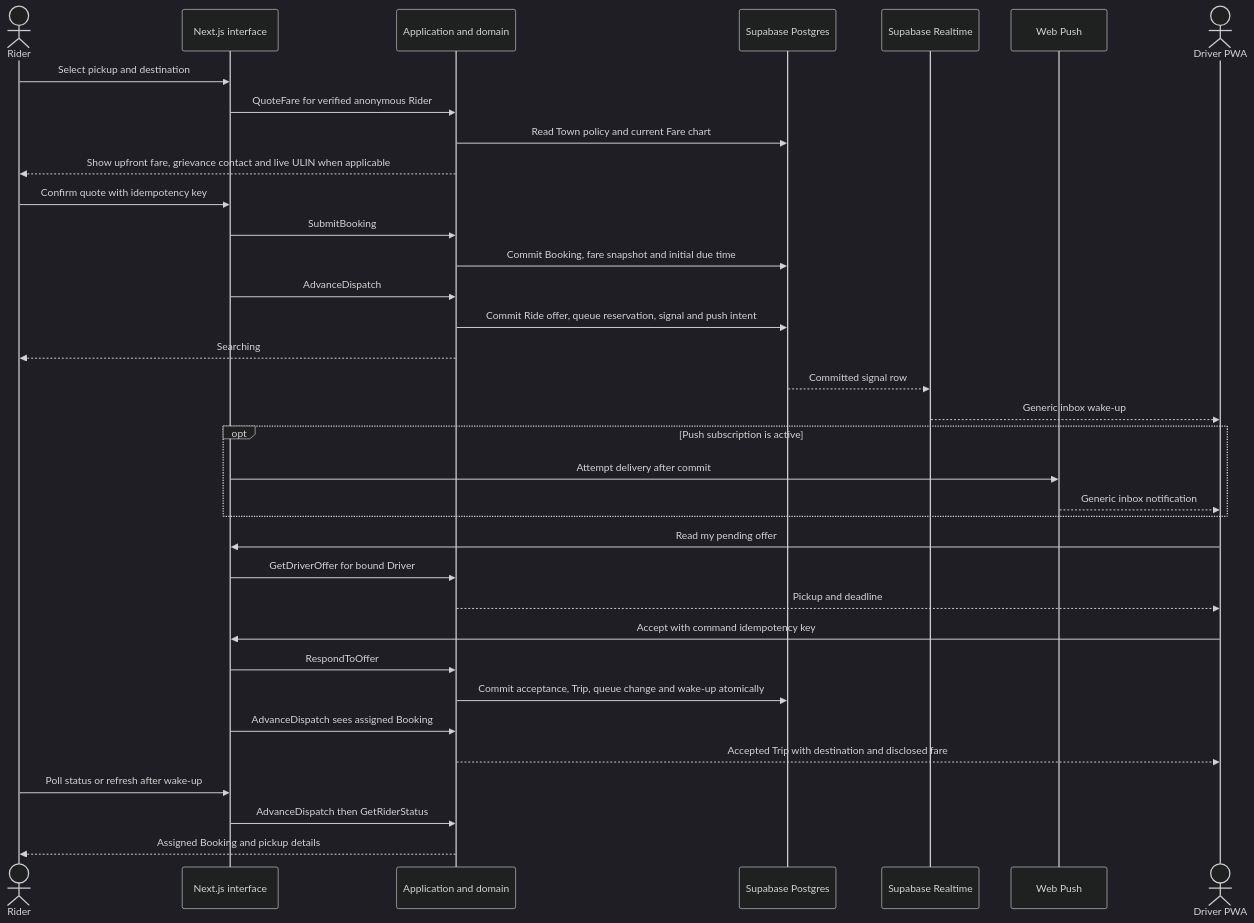
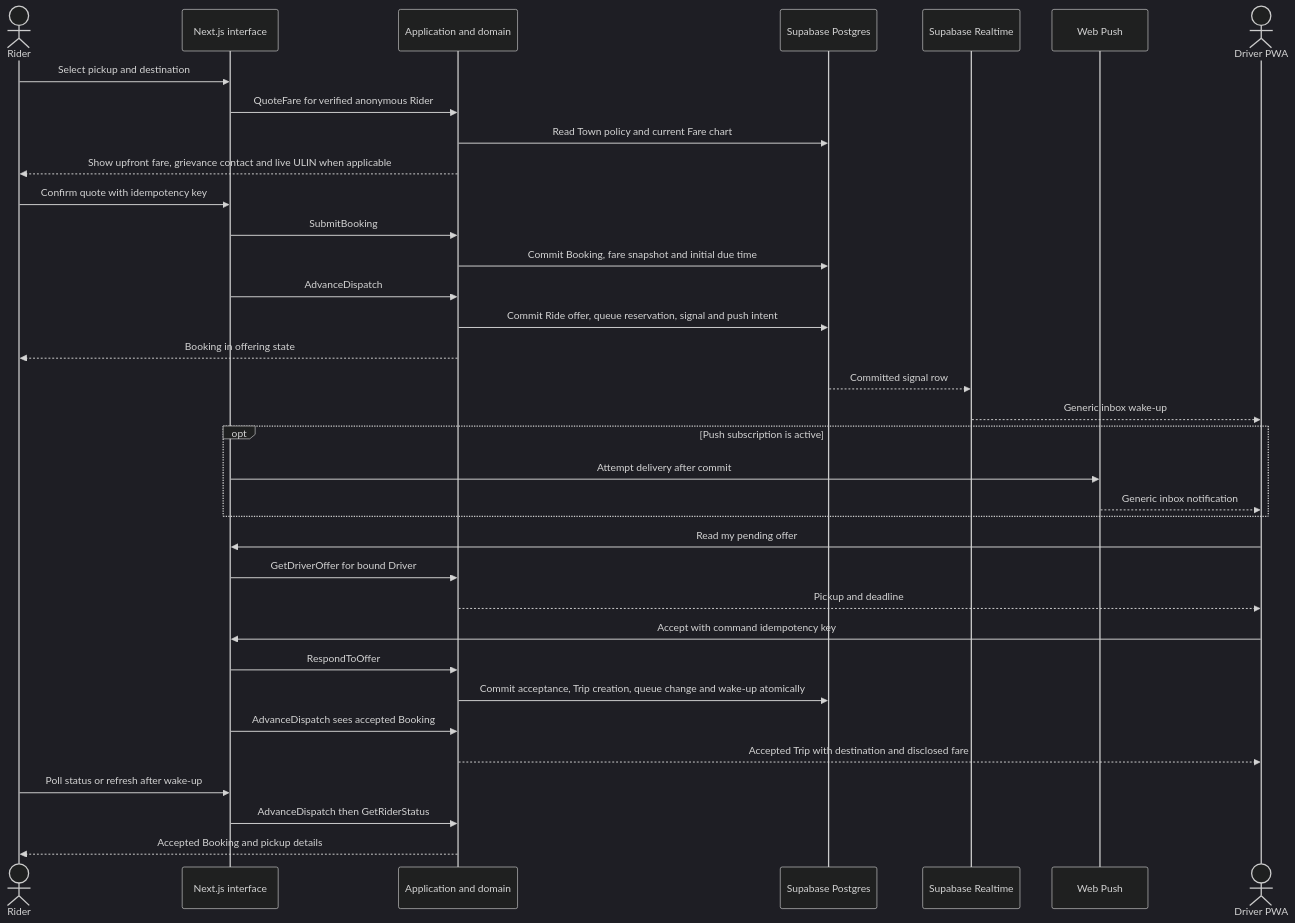
The third of 3 diagrams in docs/02-plan/architecture.md (PewDieRes/thamba), drawn with Mermaid (dark theme) before and after one commit. The commit also changed other lines of this file, not shown here.

Commit message:
docs(plan): align architecture lifecycle with dispatch spec
Codex P10-docs · gpt-6-luna · high. Six conflicts found by P10.

````diff
--- a/docs/02-plan/architecture.md
+++ b/docs/02-plan/architecture.md
@@ -164,38 +166,38 @@
 ```mermaid
 sequenceDiagram
     actor Rider
     participant App as Next.js interface
     participant Core as Application and domain
     participant DB as Supabase Postgres
     participant RT as Supabase Realtime
     participant Push as Web Push
     actor Driver as Driver PWA
 
     Rider->>App: Select pickup and destination
     App->>Core: QuoteFare for verified anonymous Rider
     Core->>DB: Read Town policy and current Fare chart
     Core-->>Rider: Show upfront fare, grievance contact and live ULIN when applicable
     Rider->>App: Confirm quote with idempotency key
     App->>Core: SubmitBooking
     Core->>DB: Commit Booking, fare snapshot and initial due time
     App->>Core: AdvanceDispatch
     Core->>DB: Commit Ride offer, queue reservation, signal and push intent
-    Core-->>Rider: Searching
+    Core-->>Rider: Booking in offering state
     DB-->>RT: Committed signal row
     RT-->>Driver: Generic inbox wake-up
     opt Push subscription is active
         App->>Push: Attempt delivery after commit
         Push-->>Driver: Generic inbox notification
     end
     Driver->>App: Read my pending offer
     App->>Core: GetDriverOffer for bound Driver
     Core-->>Driver: Pickup and deadline
     Driver->>App: Accept with command idempotency key
     App->>Core: RespondToOffer
-    Core->>DB: Commit acceptance, Trip, queue change and wake-up atomically
-    App->>Core: AdvanceDispatch sees assigned Booking
+    Core->>DB: Commit acceptance, Trip creation, queue change and wake-up atomically
+    App->>Core: AdvanceDispatch sees accepted Booking
     Core-->>Driver: Accepted Trip with destination and disclosed fare
     Rider->>App: Poll status or refresh after wake-up
     App->>Core: AdvanceDispatch then GetRiderStatus
-    Core-->>Rider: Assigned Booking and pickup details
+    Core-->>Rider: Accepted Booking and pickup details
 ```
````
